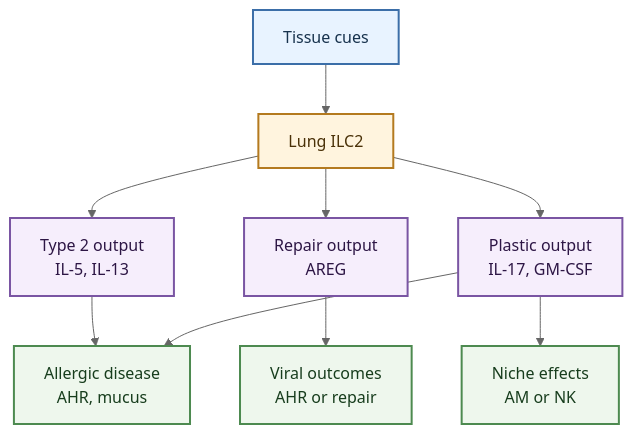
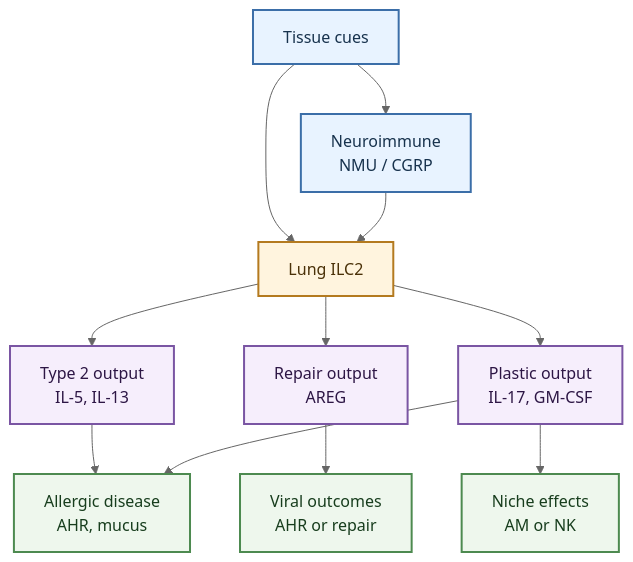
Before and after one commit to shao1116/ILC-Wiki: the diagram in wiki/topics/ILC2_roles_in_pulmonary_disease.md, drawn with Mermaid (neutral theme). The commit also changed other lines of this file and 5 other files, not shown here.

````diff
--- a/wiki/topics/ILC2_roles_in_pulmonary_disease.md
+++ b/wiki/topics/ILC2_roles_in_pulmonary_disease.md
@@ -116,30 +116,32 @@
 ```mermaid
 flowchart TD
     accTitle: ILC2 Disease Outcomes
     accDescr: Working map of ILC2 roles across lung disease states in the current wiki source set.
 
     cues["Tissue cues"]
+    neuro["Neuroimmune<br/>NMU / CGRP"]
     ilc2["Lung ILC2"]
     type2["Type 2 output<br/>IL-5, IL-13"]
     repair["Repair output<br/>AREG"]
     plastic["Plastic output<br/>IL-17, GM-CSF"]
     asthma["Allergic disease<br/>AHR, mucus"]
     virus["Viral outcomes<br/>AHR or repair"]
     niche["Niche effects<br/>AM or NK"]
 
     cues --> ilc2
+    cues --> neuro --> ilc2
     ilc2 --> type2 --> asthma
     ilc2 --> repair --> virus
     ilc2 --> plastic --> asthma
     plastic --> niche
 
     classDef cue fill:#e8f3ff,stroke:#3b6ea8,stroke-width:2px,color:#17324d
     classDef cell fill:#fff4de,stroke:#b47a1f,stroke-width:2px,color:#4a3108
     classDef output_class fill:#f6eefc,stroke:#7a55a3,stroke-width:2px,color:#2d1645
     classDef disease fill:#eef7ed,stroke:#4d8a50,stroke-width:2px,color:#173d1d
 
-    class cues cue
+    class cues,neuro cue
     class ilc2 cell
     class type2,repair,plastic output_class
     class asthma,virus,niche disease
 ```
````
